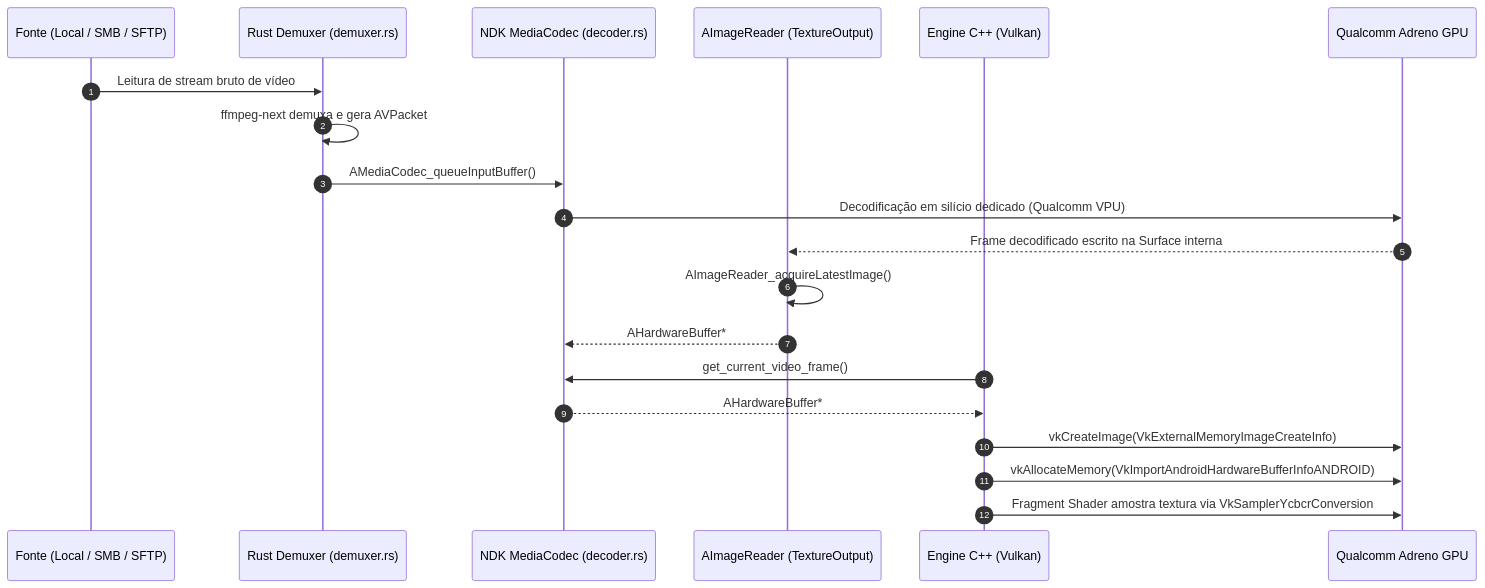
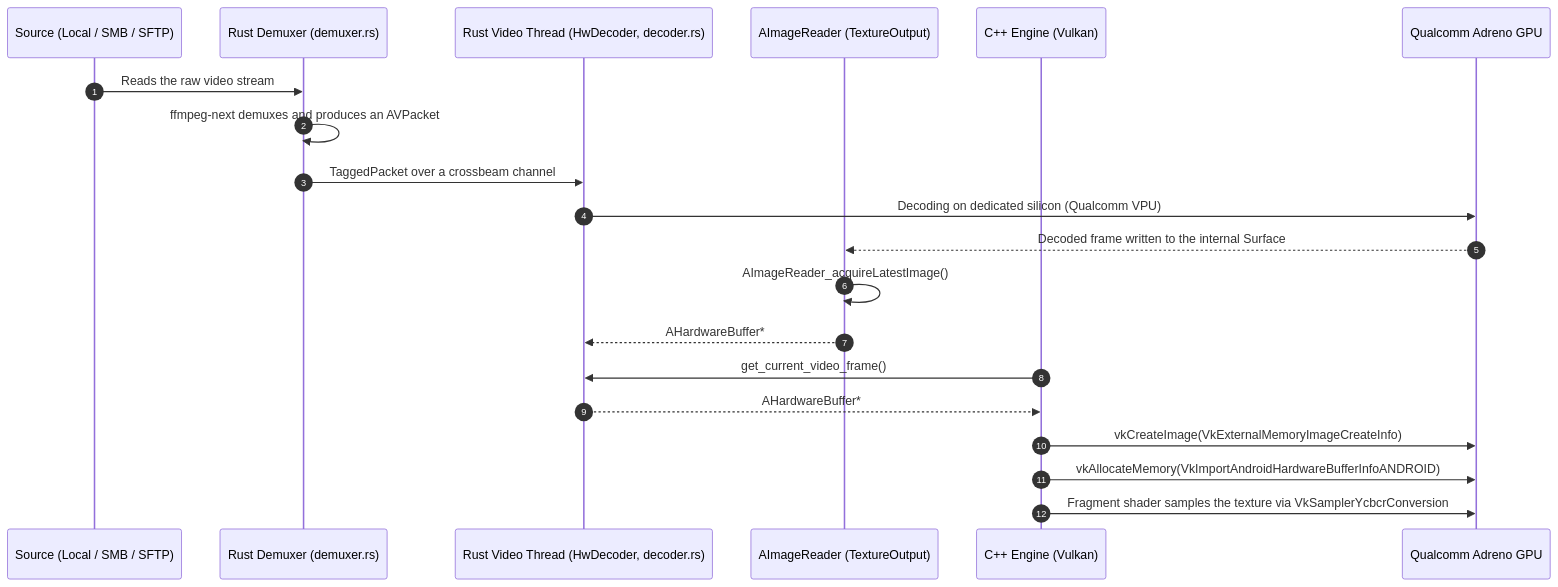
The sixth of 8 diagrams in docs/ARCHITECTURE.md (BGLuis/tucaVR), drawn with Mermaid before and after one commit. The commit also changed other lines of this file and 4 other files, not shown here.

````diff
--- a/docs/ARCHITECTURE.md
+++ b/docs/ARCHITECTURE.md
@@ -407,23 +423,23 @@
 ```mermaid
 sequenceDiagram
     autonumber
-    participant Net as Fonte (Local / SMB / SFTP)
+    participant Net as Source (Local / SMB / SFTP)
     participant Dmx as Rust Demuxer (demuxer.rs)
-    participant Dec as NDK MediaCodec (decoder.rs)
+    participant Vid as Rust Video Thread (HwDecoder, decoder.rs)
     participant IR as AImageReader (TextureOutput)
-    participant Cpp as Engine C++ (Vulkan)
+    participant Cpp as C++ Engine (Vulkan)
     participant GPU as Qualcomm Adreno GPU
 
-    Net->>Dmx: Leitura de stream bruto de vídeo
-    Dmx->>Dmx: ffmpeg-next demuxa e gera AVPacket
-    Dmx->>Dec: AMediaCodec_queueInputBuffer()
-    Dec->>GPU: Decodificação em silício dedicado (Qualcomm VPU)
-    GPU-->>IR: Frame decodificado escrito na Surface interna
+    Net->>Dmx: Reads the raw video stream
+    Dmx->>Dmx: ffmpeg-next demuxes and produces an AVPacket
+    Dmx->>Vid: TaggedPacket over a crossbeam channel
+    Vid->>GPU: Decoding on dedicated silicon (Qualcomm VPU)
+    GPU-->>IR: Decoded frame written to the internal Surface
     IR->>IR: AImageReader_acquireLatestImage()
-    IR-->>Dec: AHardwareBuffer*
-    Cpp->>Dec: get_current_video_frame()
-    Dec-->>Cpp: AHardwareBuffer*
+    IR-->>Vid: AHardwareBuffer*
+    Cpp->>Vid: get_current_video_frame()
+    Vid-->>Cpp: AHardwareBuffer*
     Cpp->>GPU: vkCreateImage(VkExternalMemoryImageCreateInfo)
     Cpp->>GPU: vkAllocateMemory(VkImportAndroidHardwareBufferInfoANDROID)
-    Cpp->>GPU: Fragment Shader amostra textura via VkSamplerYcbcrConversion
+    Cpp->>GPU: Fragment shader samples the texture via VkSamplerYcbcrConversion
 ```
````
